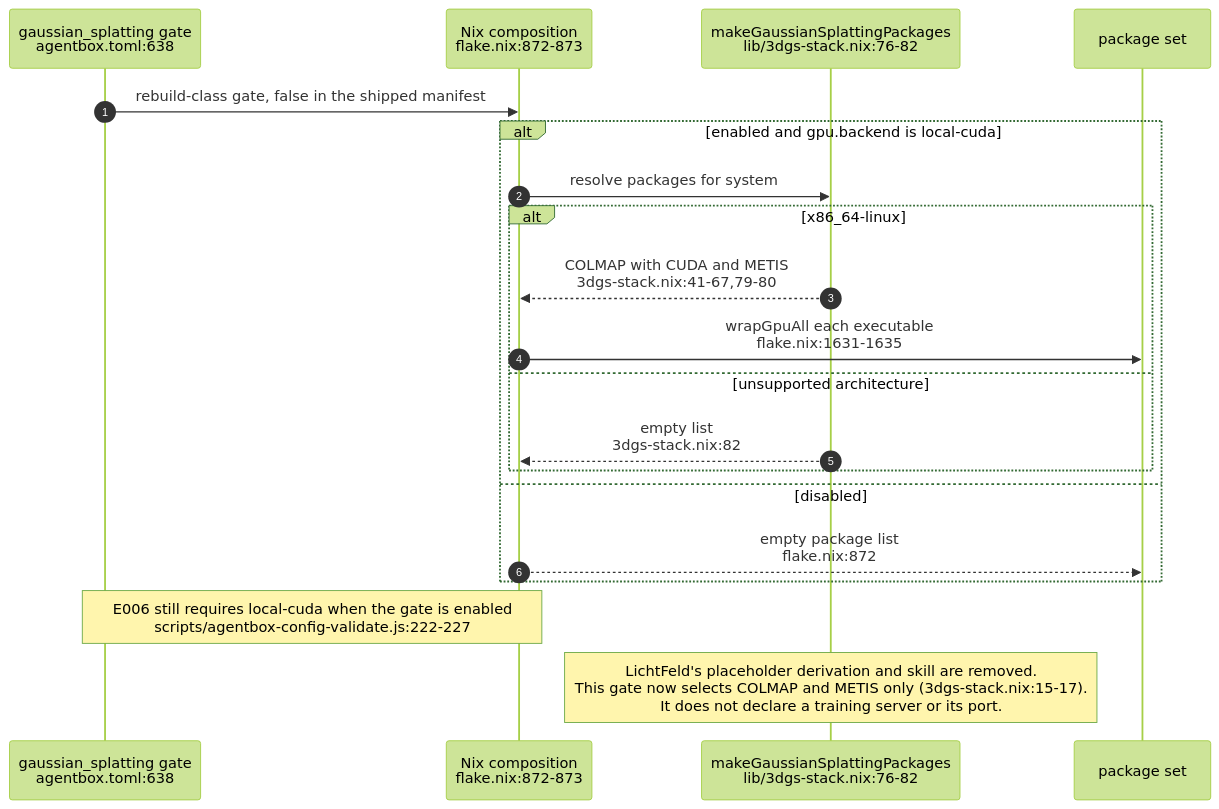
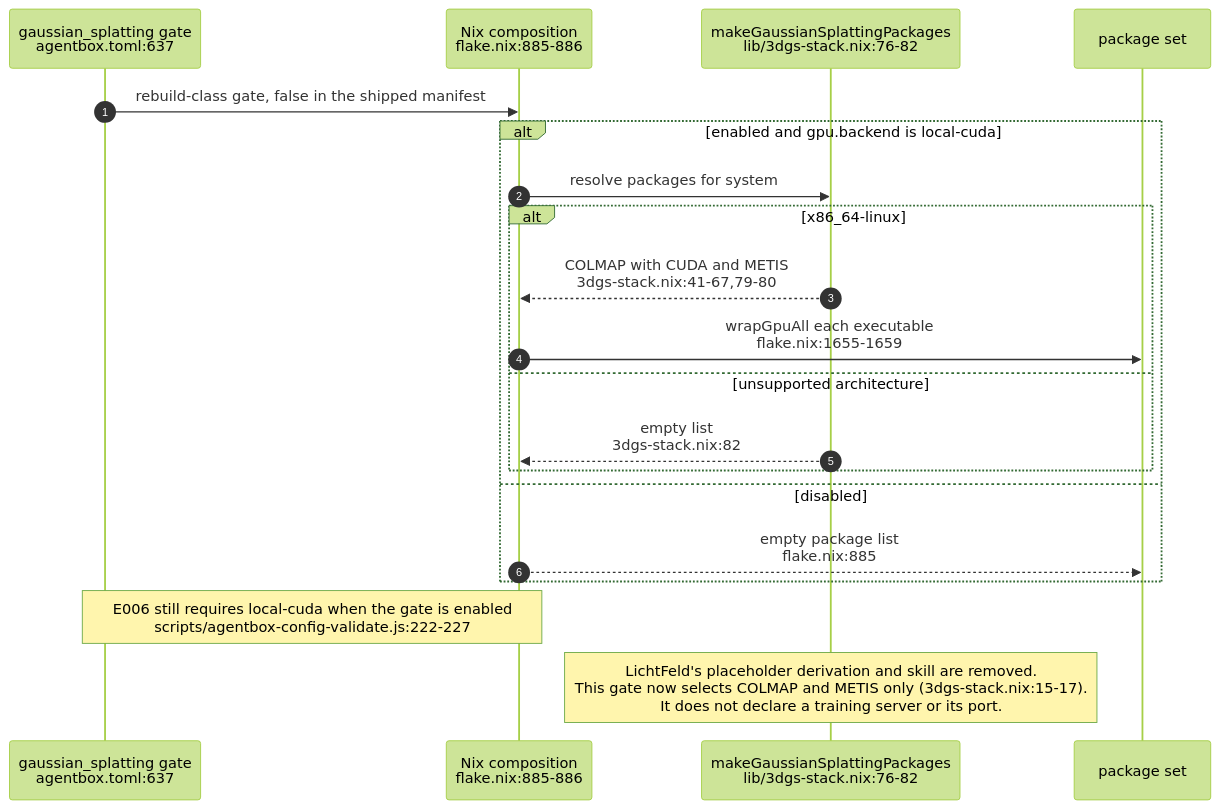
Before and after one commit to DreamLab-AI/VisionFlow: the ninth of 14 diagrams in docs/diagrams/agentbox/27-media-gpu-capability-services.md, drawn with Mermaid (forest theme). The commit also changed other lines of this file and 7 other files, not shown here.

````diff
--- a/docs/diagrams/agentbox/27-media-gpu-capability-services.md
+++ b/docs/diagrams/agentbox/27-media-gpu-capability-services.md
@@ -303,22 +303,22 @@
 ```mermaid
 sequenceDiagram
     autonumber
-    participant TOML as gaussian_splatting gate<br/>agentbox.toml:638
-    participant F as Nix composition<br/>flake.nix:872-873
+    participant TOML as gaussian_splatting gate<br/>agentbox.toml:637
+    participant F as Nix composition<br/>flake.nix:885-886
     participant GS as makeGaussianSplattingPackages<br/>lib/3dgs-stack.nix:76-82
     participant PKG as package set
     TOML->>F: rebuild-class gate, false in the shipped manifest
     alt enabled and gpu.backend is local-cuda
         F->>GS: resolve packages for system
         alt x86_64-linux
             GS-->>F: COLMAP with CUDA and METIS<br/>3dgs-stack.nix:41-67,79-80
-            F->>PKG: wrapGpuAll each executable<br/>flake.nix:1631-1635
+            F->>PKG: wrapGpuAll each executable<br/>flake.nix:1655-1659
         else unsupported architecture
             GS-->>F: empty list<br/>3dgs-stack.nix:82
         end
     else disabled
-        F-->>PKG: empty package list<br/>flake.nix:872
+        F-->>PKG: empty package list<br/>flake.nix:885
     end
     Note over TOML,F: E006 still requires local-cuda when the gate is enabled<br/>scripts/agentbox-config-validate.js:222-227
     Note over GS: LichtFeld's placeholder derivation and skill are removed.<br/>This gate now selects COLMAP and METIS only (3dgs-stack.nix:15-17).<br/>It does not declare a training server or its port.
 ```
````
